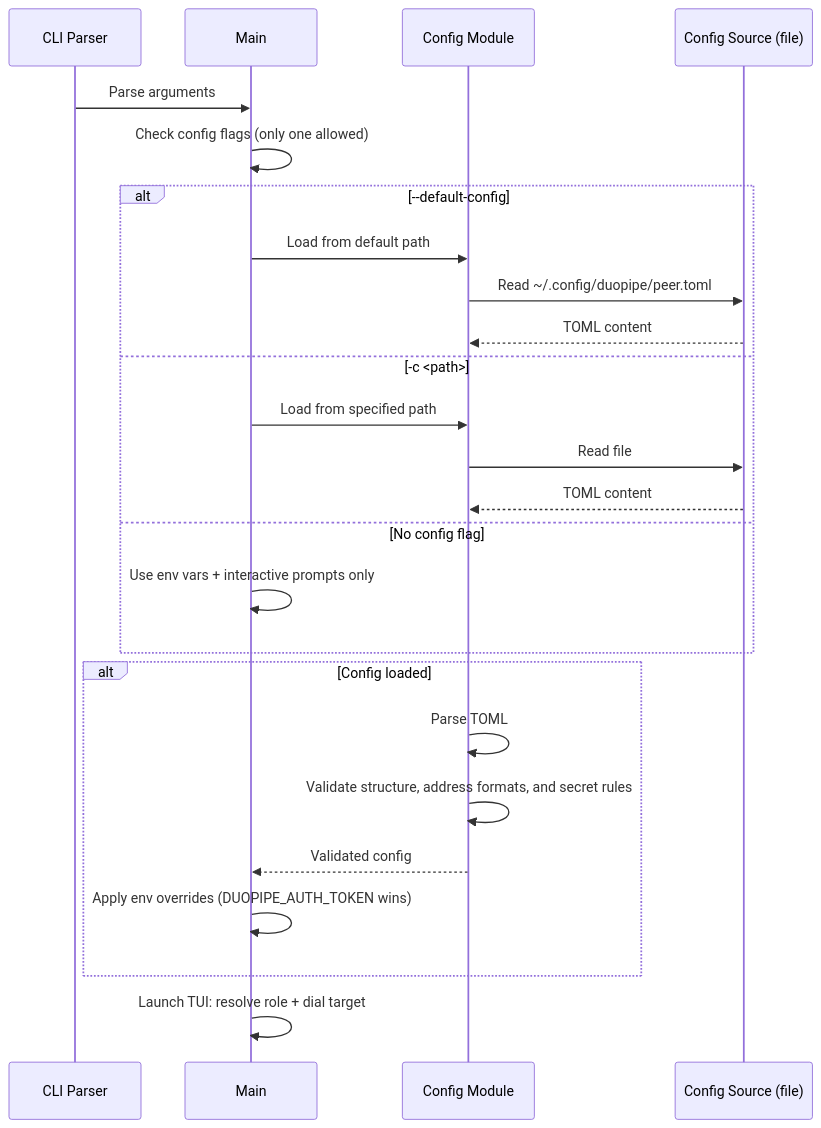
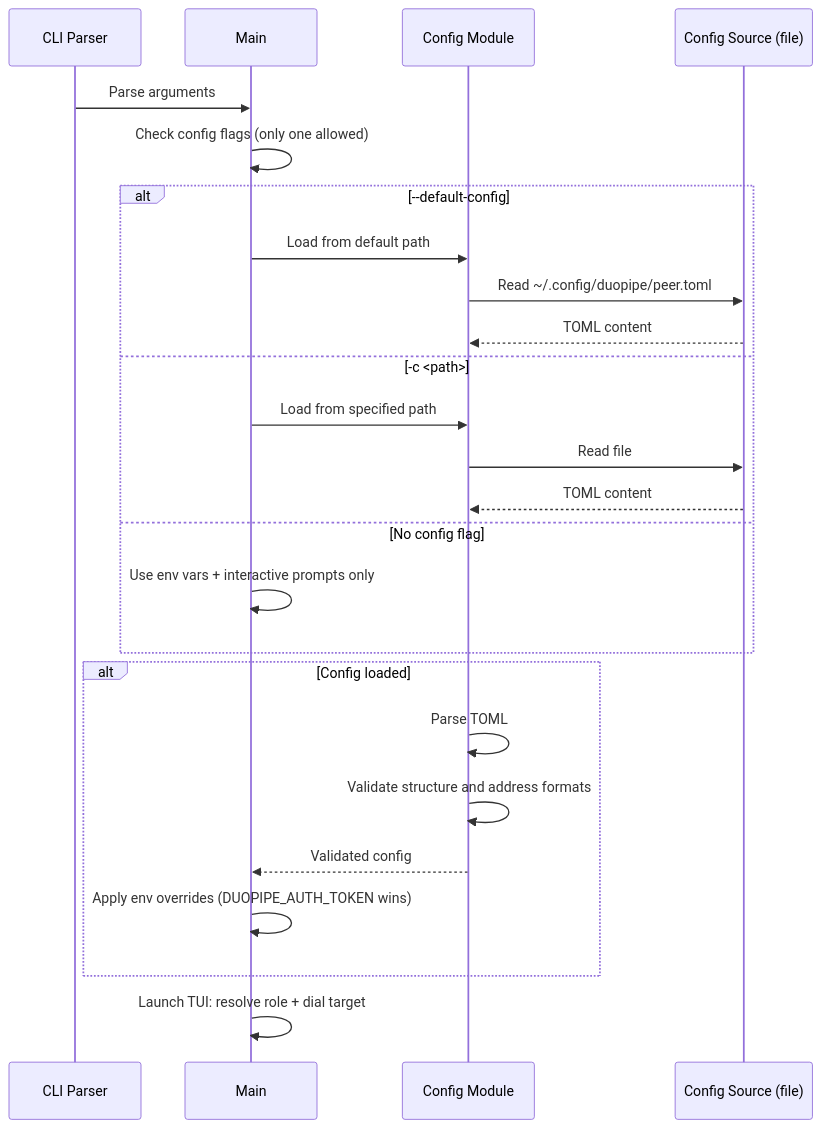
Diagram 13 of 24 in docs/ARCHITECTURE.md (andrewtheguy/duopipe), drawn with Mermaid before and after one commit. The commit also changed other lines of this file and 6 other files, not shown here.

````diff
--- a/docs/ARCHITECTURE.md
+++ b/docs/ARCHITECTURE.md
@@ -489,31 +477,31 @@
 ```mermaid
 sequenceDiagram
     participant CLI as CLI Parser
     participant Main as Main
     participant Config as Config Module
     participant Source as Config Source (file)
 
     CLI->>Main: Parse arguments
     Main->>Main: Check config flags (only one allowed)
 
     alt --default-config
         Main->>Config: Load from default path
         Config->>Source: Read ~/.config/duopipe/peer.toml
         Source-->>Config: TOML content
     else -c <path>
         Main->>Config: Load from specified path
         Config->>Source: Read file
         Source-->>Config: TOML content
     else No config flag
         Main->>Main: Use env vars + interactive prompts only
     end
 
     alt Config loaded
         Config->>Config: Parse TOML
-        Config->>Config: Validate structure, address formats, and secret rules
+        Config->>Config: Validate structure and address formats
         Config-->>Main: Validated config
         Main->>Main: Apply env overrides (DUOPIPE_AUTH_TOKEN wins)
     end
 
     Main->>Main: Launch TUI: resolve role + dial target
 ```
````
